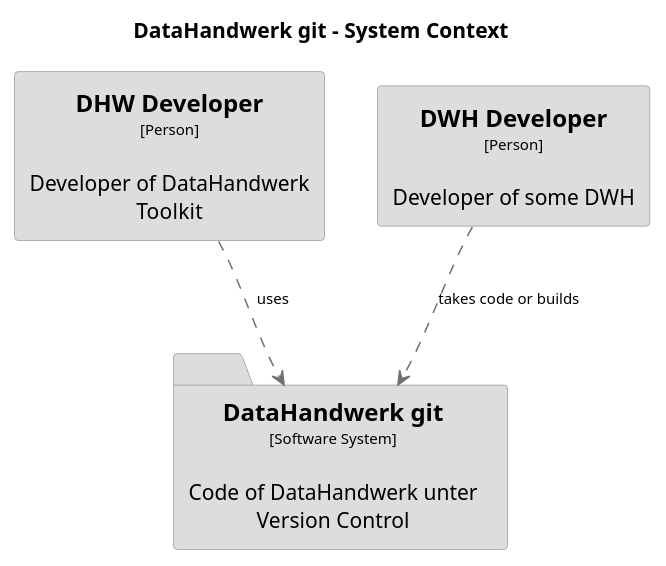
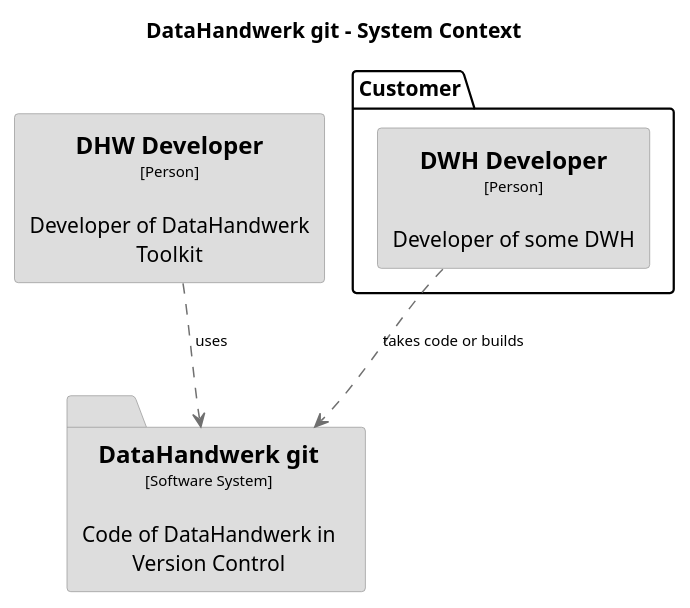
The diagram in docs/src/c4_dsl/puml/structurizr-DataHandwerkgit-SystemContext.puml (DataHandwerk/DataHandwerk-toolkit-mssql), drawn with PlantUML before and after one commit. The commit also changed 36 other files, not shown here.

Commit message:
structurizr diagrams used in documentation

```diff
--- a/docs/src/c4_dsl/puml/structurizr-DataHandwerkgit-SystemContext.puml
+++ b/docs/src/c4_dsl/puml/structurizr-DataHandwerkgit-SystemContext.puml
@@ -1,33 +1,35 @@
 @startuml(id=DataHandwerkgit-SystemContext)
 title DataHandwerk git - System Context
 
 skinparam {
   shadowing false
   arrowFontSize 10
   defaultTextAlignment center
   wrapWidth 200
   maxMessageSize 100
 }
 hide stereotype
 top to bottom direction
 skinparam rectangle<<1>> {
   BackgroundColor #dddddd
   FontColor #000000
   BorderColor #9A9A9A
 }
-skinparam folder<<5>> {
+skinparam rectangle<<23>> {
   BackgroundColor #dddddd
   FontColor #000000
   BorderColor #9A9A9A
 }
-skinparam rectangle<<6>> {
+skinparam folder<<27>> {
   BackgroundColor #dddddd
   FontColor #000000
   BorderColor #9A9A9A
 }
-rectangle "==DHW Developer\n<size:10>[Person]</size>\n\nDeveloper of DataHandwerk Toolkit" <<1>> as 1
-rectangle "==DWH Developer\n<size:10>[Person]</size>\n\nDeveloper of some DWH" <<6>> as 6
-folder "==DataHandwerk git\n<size:10>[Software System]</size>\n\nCode of DataHandwerk unter Version Control" <<5>> as 5
-1 .[#707070].> 5 : "uses"
-6 .[#707070].> 5 : "takes code or builds"
+rectangle "==DHW Developer\n<size:10>[Person]</size>\n\nDeveloper of DataHandwerk Toolkit" <<23>> as 23
+folder "==DataHandwerk git\n<size:10>[Software System]</size>\n\nCode of DataHandwerk in Version Control" <<27>> as 27
+package "Customer" {
+  rectangle "==DWH Developer\n<size:10>[Person]</size>\n\nDeveloper of some DWH" <<1>> as 1
+}
+23 .[#707070].> 27 : "uses"
+1 .[#707070].> 27 : "takes code or builds"
 @enduml
```
